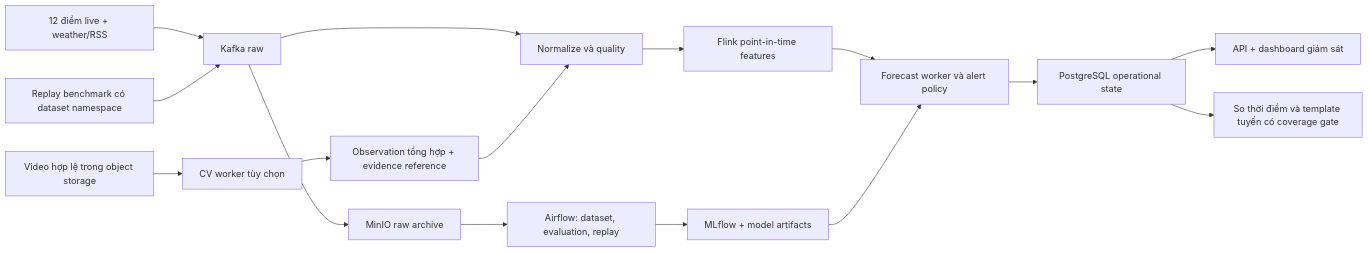
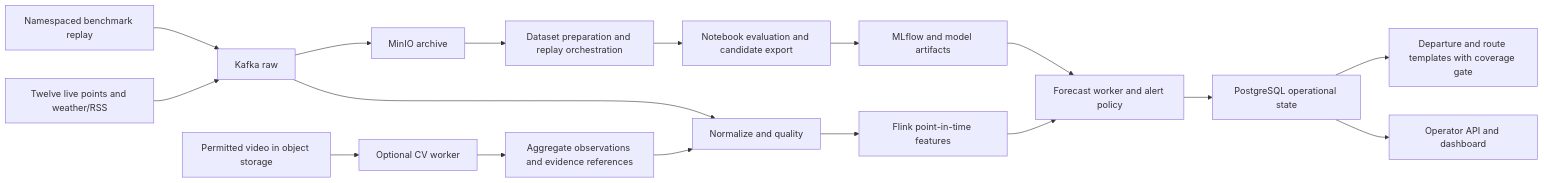
Before and after one commit to lh6104/INT3229E_BigData__Cognitve-Traffic-Analytics-Platform: the diagram in docs/research/reference-repositories-review-v1.md, drawn with Mermaid. The commit also changed other lines of this file and 95 other files, not shown here.

````diff
--- a/docs/research/reference-repositories-review-v1.md
+++ b/docs/research/reference-repositories-review-v1.md
@@ -139,18 +94,19 @@
 ```mermaid
 flowchart LR
-    L[12 điểm live + weather/RSS] --> K[Kafka raw]
-    B[Replay benchmark có dataset namespace] --> K
-    K --> N[Normalize và quality]
-    K --> A[MinIO raw archive]
-    V[Video hợp lệ trong object storage] --> C[CV worker tùy chọn]
-    C --> O[Observation tổng hợp + evidence reference]
+    L[Twelve live points and weather/RSS] --> K[Kafka raw]
+    B[Namespaced benchmark replay] --> K
+    K --> N[Normalize and quality]
+    K --> A[MinIO archive]
+    V[Permitted video in object storage] --> C[Optional CV worker]
+    C --> O[Aggregate observations and evidence references]
     O --> N
     N --> F[Flink point-in-time features]
-    F --> P[Forecast worker và alert policy]
+    F --> P[Forecast worker and alert policy]
     P --> S[PostgreSQL operational state]
-    S --> U[API + dashboard giám sát]
-    S --> R[So thời điểm và template tuyến có coverage gate]
-    A --> T[Airflow: dataset, evaluation, replay]
-    T --> M[MLflow + model artifacts]
+    S --> U[Operator API and dashboard]
+    S --> R[Departure and route templates with coverage gate]
+    A --> T[Dataset preparation and replay orchestration]
+    T --> Q[Notebook evaluation and candidate export]
+    Q --> M[MLflow and model artifacts]
     M --> P
 ```
````
